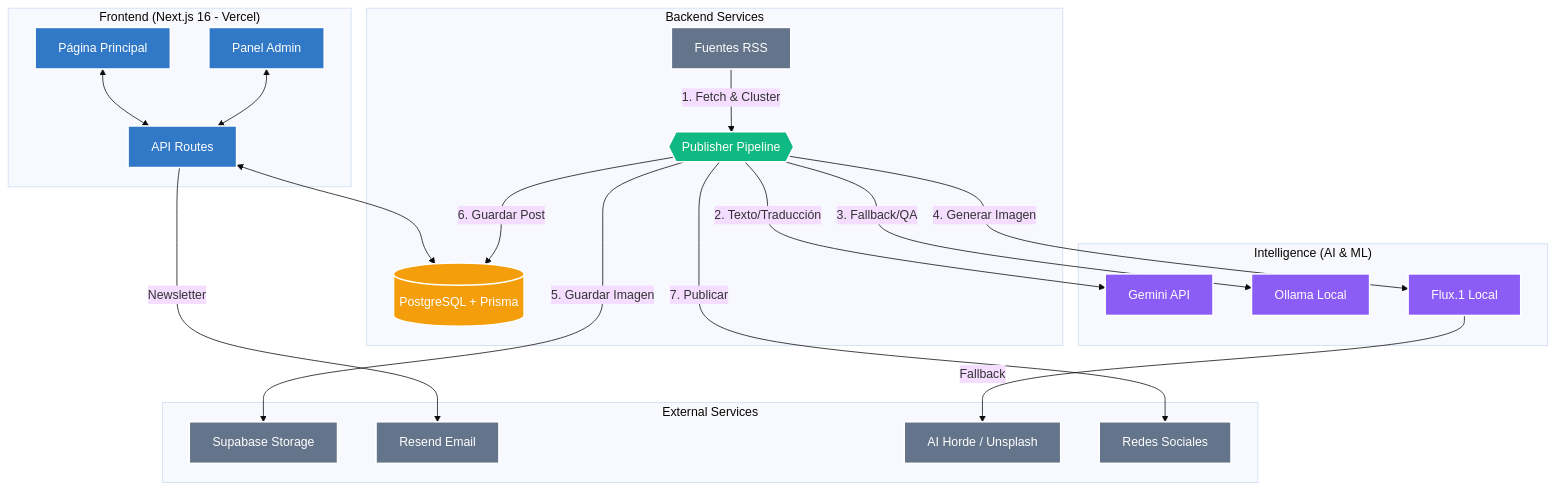
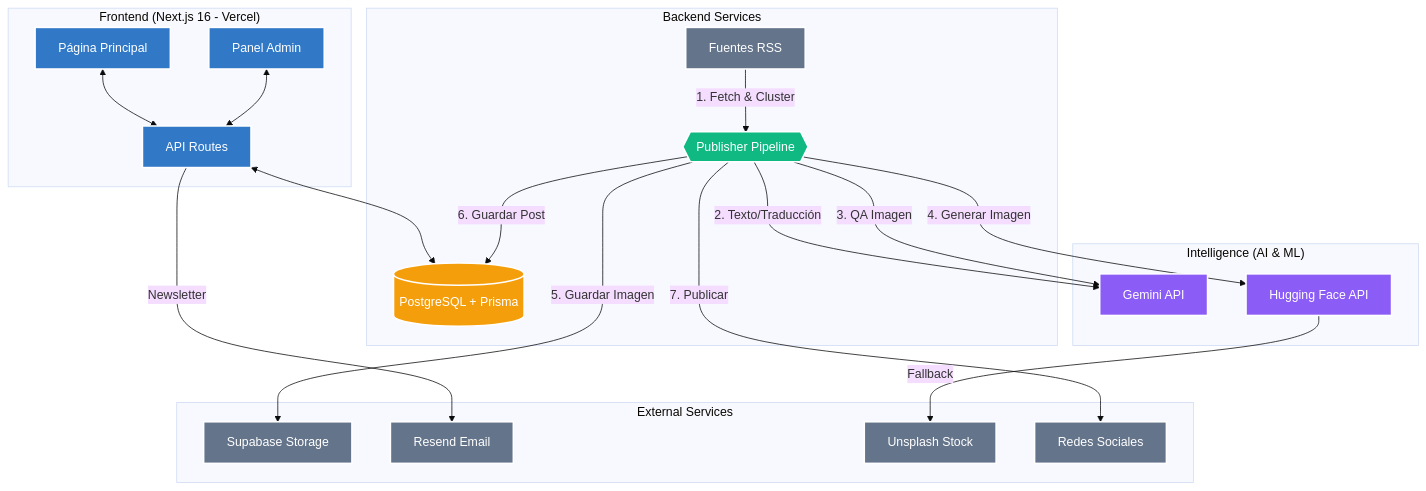
One commit to CarlosEmerito/EmeDotEme changed the diagram in docs/01 - Arquitectura.md. Above: the diagram before and after it, drawn with Mermaid (base theme). The commit also changed other lines of this file and 28 other files, not shown here.

First line of the commit message:
chore: eliminar codigo muerto de IA local (Flux, Ollama, AI Horde)

````diff
--- a/docs/01 - Arquitectura.md
+++ b/docs/01 - Arquitectura.md
@@ -9,50 +9,49 @@
 ```mermaid
 graph TB
     %% Definición de estilos
     classDef frontend fill:#3178c6,stroke:#fff,stroke-width:2px,color:#fff;
     classDef backend fill:#10b981,stroke:#fff,stroke-width:2px,color:#fff;
     classDef ai fill:#8b5cf6,stroke:#fff,stroke-width:2px,color:#fff;
     classDef db fill:#f59e0b,stroke:#fff,stroke-width:2px,color:#fff;
     classDef external fill:#64748b,stroke:#fff,stroke-width:2px,color:#fff;
 
     subgraph "Frontend (Next.js 16 - Vercel)"
         UI[Página Principal]:::frontend
         Admin[Panel Admin]:::frontend
         API[API Routes]:::frontend
     end
 
     subgraph "Backend Services"
         DB[(PostgreSQL + Prisma)]:::db
         Pipeline{{"Publisher Pipeline"}}:::backend
         RSS[Fuentes RSS]:::external
     end
 
     subgraph "Intelligence (AI & ML)"
         Gemini[Gemini API]:::ai
-        Ollama[Ollama Local]:::ai
-        Flux[Flux.1 Local]:::ai
+        HF[Hugging Face API]:::ai
     end
 
     subgraph "External Services"
         Supa[Supabase Storage]:::external
         Resend[Resend Email]:::external
-        Horde[AI Horde / Unsplash]:::external
+        Stock[Unsplash Stock]:::external
         Social[Redes Sociales]:::external
     end
 
     %% Data Flow
     UI <--> API
     Admin <--> API
     API <--> DB
     
     %% Pipeline Flow
     RSS -- "1. Fetch & Cluster" --> Pipeline
     Pipeline -- "2. Texto/Traducción" --> Gemini
-    Pipeline -- "3. Fallback/QA" --> Ollama
-    Pipeline -- "4. Generar Imagen" --> Flux
-    Flux -- "Fallback" --> Horde
+    Pipeline -- "3. QA Imagen" --> Gemini
+    Pipeline -- "4. Generar Imagen" --> HF
+    HF -- "Fallback" --> Stock
     Pipeline -- "5. Guardar Imagen" --> Supa
     Pipeline -- "6. Guardar Post" --> DB
     Pipeline -- "7. Publicar" --> Social
     API -- "Newsletter" --> Resend
 ```
````
